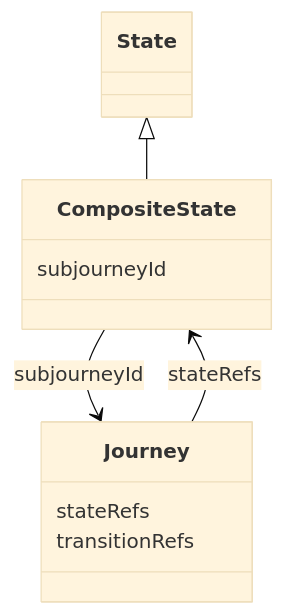
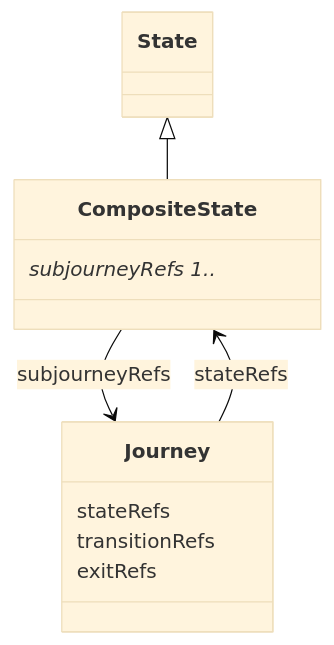
Before and after one commit to openuji/spec-ujg: the eighth of 13 diagrams in specs/ed/graph/index.md, drawn with Mermaid (base theme). The commit also changed other lines of this file and 45 other files, not shown here.

Commit message:
add composite state multiple journey options

````diff
--- a/specs/ed/graph/index.md
+++ b/specs/ed/graph/index.md
@@ -528,15 +554,16 @@
 ```mermaid
 classDiagram
   class State
   class CompositeState {
-    subjourneyId
+    subjourneyRefs 1..*
   }
   class Journey {
     stateRefs
     transitionRefs
+    exitRefs
   }
 
   State <|-- CompositeState
   Journey --> CompositeState : stateRefs
-  CompositeState --> Journey : subjourneyId
+  CompositeState --> Journey : subjourneyRefs
 ```
````
